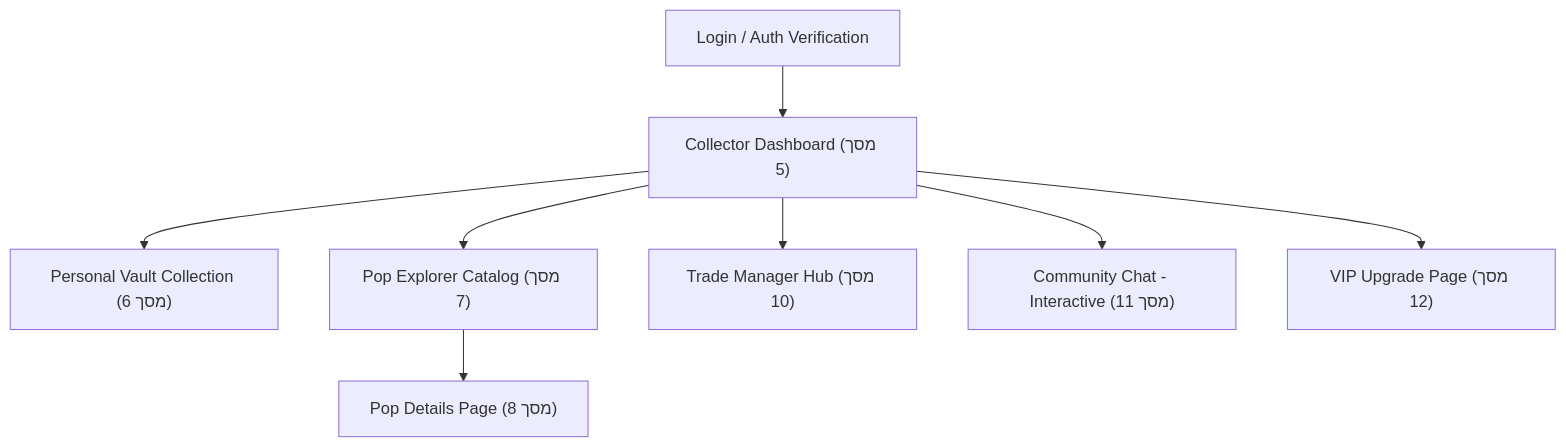
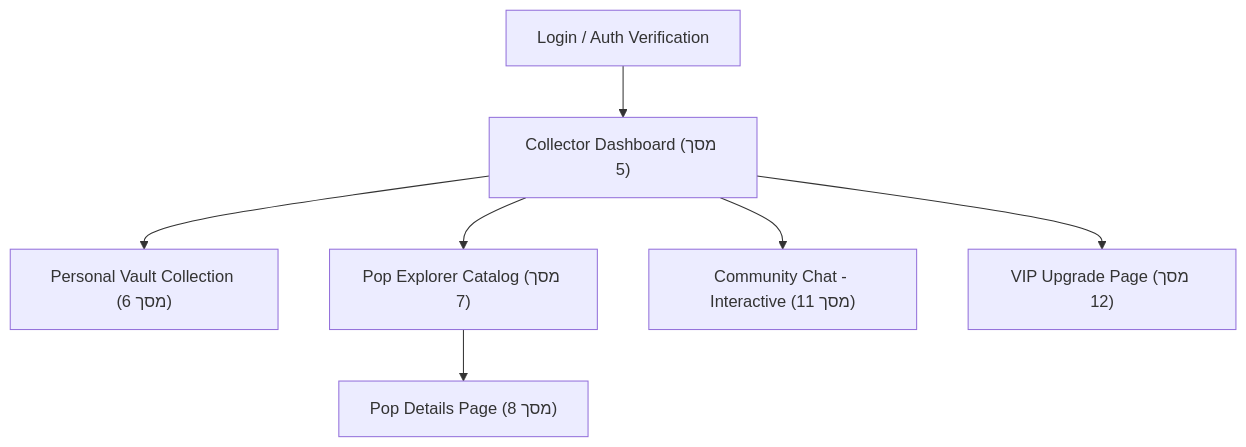
One commit to SquareFace7/MyPopVault changed the eighth of 10 diagrams in MyPopVault_Book_Draft.md. Above: the diagram before and after it, drawn with Mermaid. The commit also changed other lines of this file and 3 other files, not shown here.

Commit message:
Enhance dark mode card styling with Neon Pop-Art borders, offset shadows, and hover effects in PopExplorer, CollectorSearch, and TradeManager

````diff
--- a/MyPopVault_Book_Draft.md
+++ b/MyPopVault_Book_Draft.md
@@ -777,10 +778,9 @@
 ```mermaid
 graph TD
     Auth["Login / Auth Verification"] --> Dash["Collector Dashboard (מסך 5)"]
     Dash --> Vault["Personal Vault Collection (מסך 6)"]
     Dash --> Explorer["Pop Explorer Catalog (מסך 7)"]
     Explorer --> Details["Pop Details Page (מסך 8)"]
-    Dash --> Trade["Trade Manager Hub (מסך 10)"]
     Dash --> Chat["Community Chat - Interactive (מסך 11)"]
     Dash --> Upgrade["VIP Upgrade Page (מסך 12)"]
 ```
````
